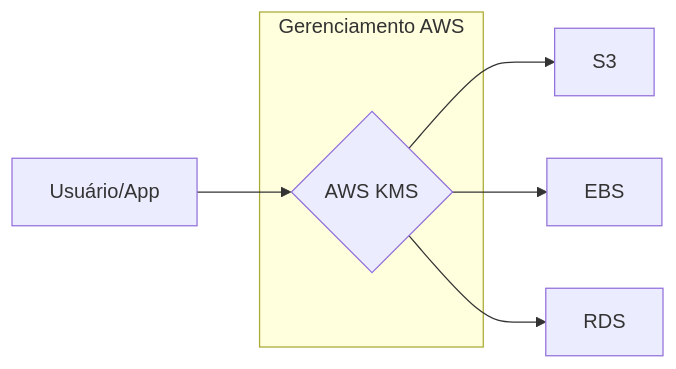
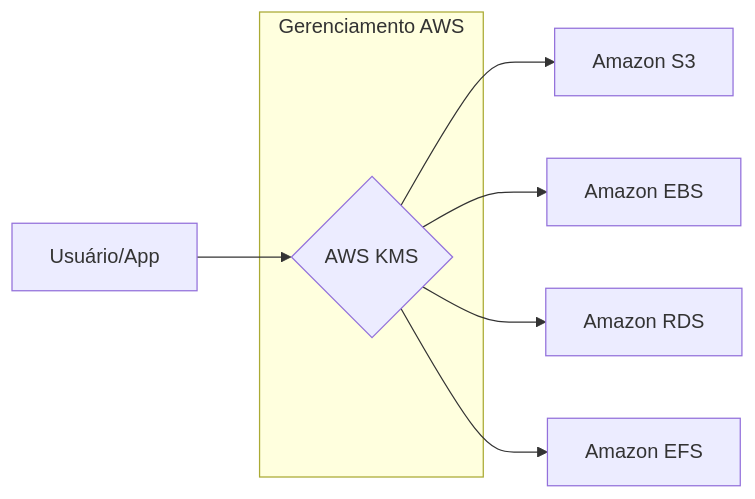
The diagram in 02-seguranca-identidade-e-conformidade/04-criptografia-kms-vs-cloudhsm-golden-rule.md (danncastro/AWS-Certified-Cloud-Practitioner), drawn with Mermaid before and after one commit. The commit also changed other lines of this file and 1 other file, not shown here.

Commit message:
Feat: Ajuste no mermaid

```diff
--- a/02-seguranca-identidade-e-conformidade/04-criptografia-kms-vs-cloudhsm-golden-rule.md
+++ b/02-seguranca-identidade-e-conformidade/04-criptografia-kms-vs-cloudhsm-golden-rule.md
@@ -51,10 +51,11 @@
 ~~~mermaid
 graph LR
     A[Usuário/App] --> B{AWS KMS}
-    B --> C[S3]
-    B --> D[EBS]
-    B --> E[RDS]
+    B --> C[Amazon S3]
+    B --> D[Amazon EBS]
+    B --> E[Amazon RDS]
+    B --> F[Amazon EFS]
     subgraph "Gerenciamento AWS"
     B
     end
 ~~~
```
